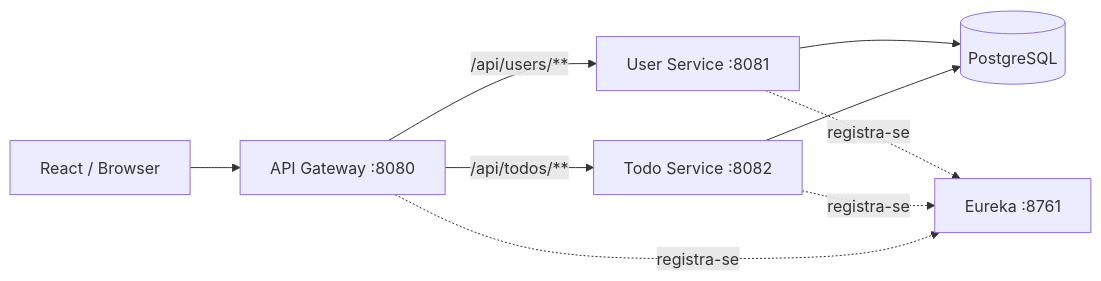
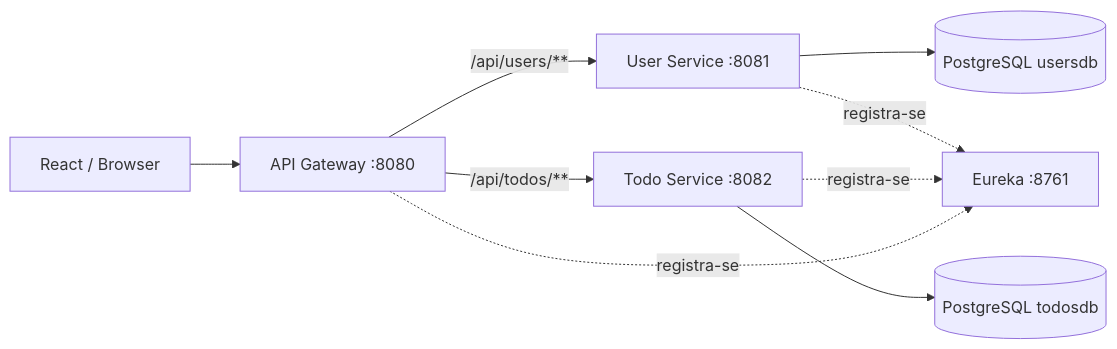
Before and after one commit to danmaciel/monorepo_sistema_todo_com_microservices: the diagram in docs/ARCHITECTURE.md, drawn with Mermaid. The commit also changed other lines of this file, not shown here.

Commit message:
docs: align docs/ARCHITECTURE.md with per-service PostgreSQL isolation

````diff
--- a/docs/ARCHITECTURE.md
+++ b/docs/ARCHITECTURE.md
@@ -7,11 +7,11 @@
 ```mermaid
 flowchart LR
   Browser[React / Browser] --> Gateway[API Gateway :8080]
   Gateway -->|/api/users/**| User[User Service :8081]
   Gateway -->|/api/todos/**| Todo[Todo Service :8082]
-  User --> DB[(PostgreSQL)]
-  Todo --> DB
+  User --> UserDB[(PostgreSQL usersdb)]
+  Todo --> TodoDB[(PostgreSQL todosdb)]
   User -.registra-se.-> Eureka[Eureka :8761]
   Todo -.registra-se.-> Eureka
   Gateway -.registra-se.-> Eureka
 ```
````
